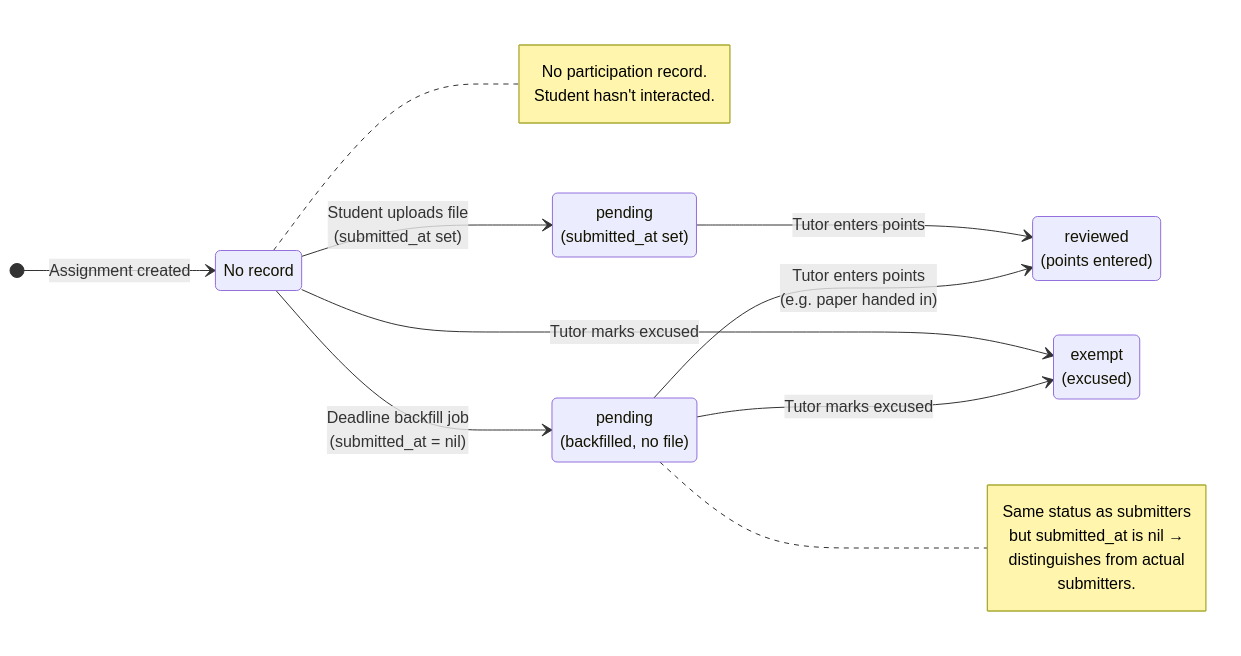
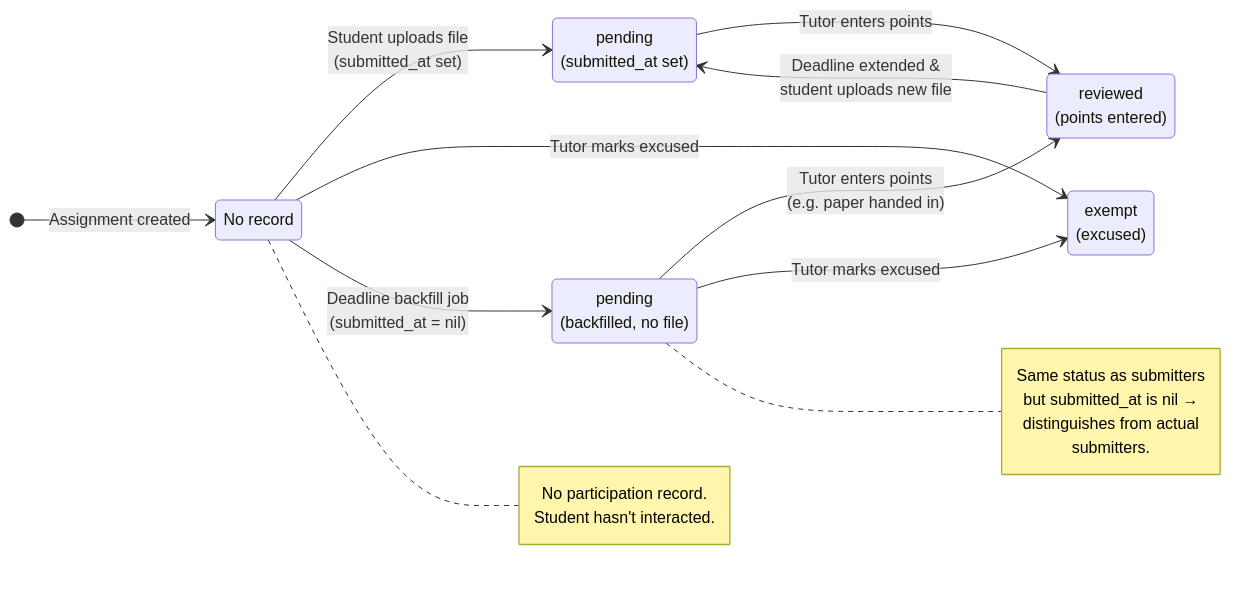
Before and after one commit to MaMpf-HD/mampf: the second of 8 diagrams in architecture/src/features/04-assessments-and-grading.md, drawn with Mermaid. The commit also changed other lines of this file and 14 other files, not shown here.

````diff
--- a/architecture/src/features/04-assessments-and-grading.md
+++ b/architecture/src/features/04-assessments-and-grading.md
@@ -435,30 +439,31 @@
 ```mermaid
 stateDiagram-v2
     direction LR
 
     state "No record" as none
     state "pending<br/>(submitted_at set)" as pending_sub
     state "pending<br/>(backfilled, no file)" as pending_bf
     state "reviewed<br/>(points entered)" as reviewed
     state "exempt<br/>(excused)" as exempt
 
     [*] --> none : Assignment created
     none --> pending_sub : Student uploads file<br/>(submitted_at set)
     none --> exempt : Tutor marks excused
     pending_sub --> reviewed : Tutor enters points
+    reviewed --> pending_sub : Deadline extended & <br/>student uploads new file
     none --> pending_bf : Deadline backfill job<br/>(submitted_at = nil)
     pending_bf --> reviewed : Tutor enters points<br/>(e.g. paper handed in)
     pending_bf --> exempt : Tutor marks excused
 
     note right of none
         No participation record.
         Student hasn't interacted.
     end note
 
     note right of pending_bf
         Same status as submitters
         but submitted_at is nil →
         distinguishes from actual
         submitters.
     end note
 ```
````
